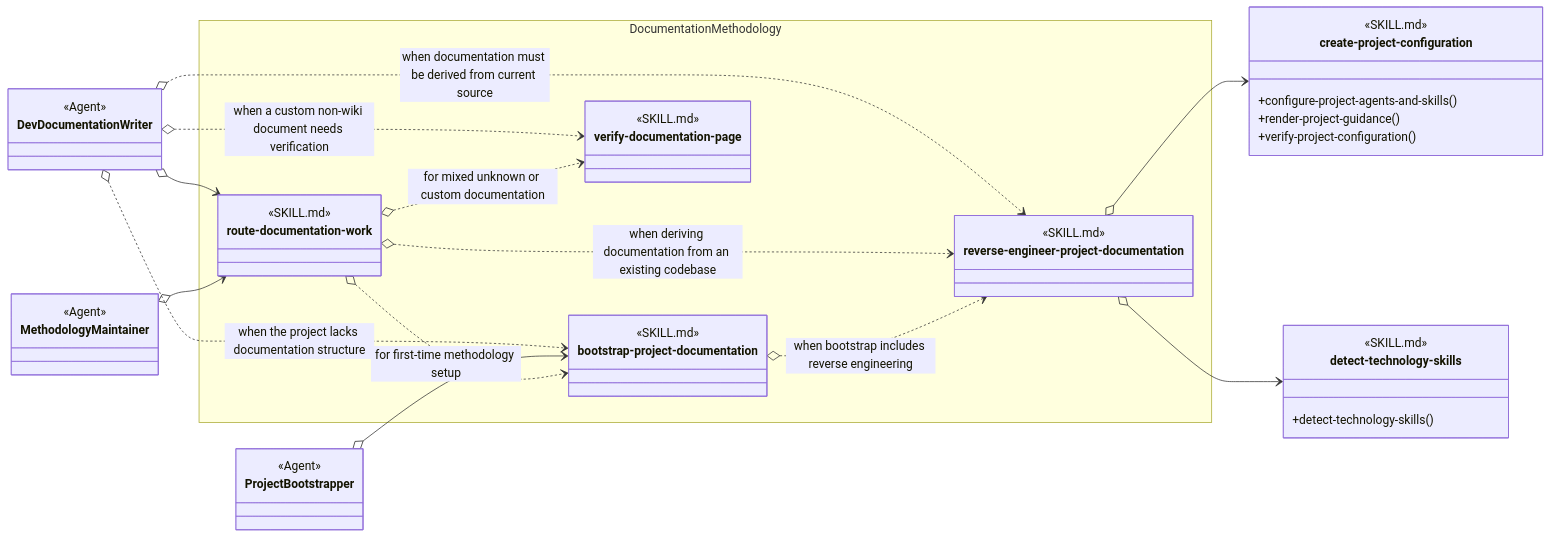
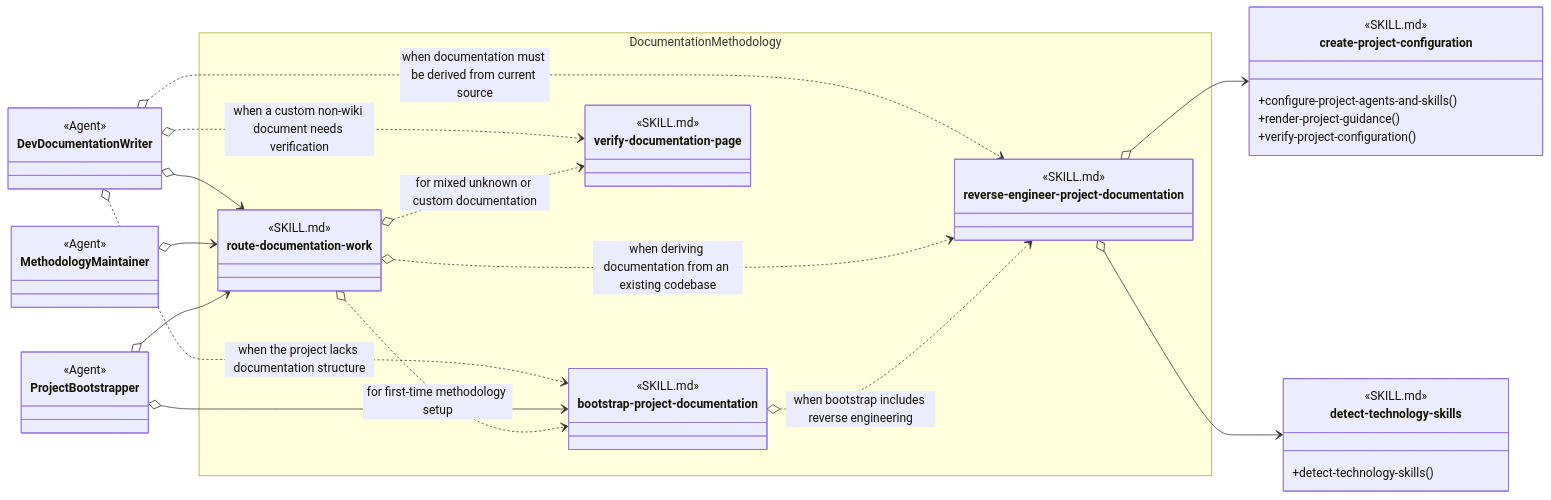
Before and after one commit to martinbechard/dev-methodology: the diagram in design/skill-groups/documentation-methodology.md, drawn with Mermaid. The commit also changed 8 other files, not shown here.

````diff
--- a/design/skill-groups/documentation-methodology.md
+++ b/design/skill-groups/documentation-methodology.md
@@ -13,67 +13,68 @@
 ```mermaid
 classDiagram
     direction LR
 
     class DevDocumentationWriter {
         <<Agent>>
     }
 
     class MethodologyMaintainer {
         <<Agent>>
     }
 
     class ProjectBootstrapper {
         <<Agent>>
     }
 
     namespace DocumentationMethodology {
         class route-documentation-work {
             <<SKILL.md>>
             <<Agent Skill>>
         }
 
         class bootstrap-project-documentation {
             <<SKILL.md>>
             <<Agent Skill>>
         }
 
         class reverse-engineer-project-documentation {
             <<SKILL.md>>
             <<Agent Skill>>
         }
 
         class verify-documentation-page {
             <<SKILL.md>>
             <<Agent Skill>>
         }
     }
 
     class create-project-configuration {
         <<SKILL.md>>
         <<Cross-group>>
         +configure-project-agents-and-skills()
         +render-project-guidance()
         +verify-project-configuration()
     }
 
     class detect-technology-skills {
         <<SKILL.md>>
         <<Cross-group>>
         +detect-technology-skills()
     }
 
     DevDocumentationWriter o--> route-documentation-work
     DevDocumentationWriter o..> bootstrap-project-documentation : when the project lacks documentation structure
     DevDocumentationWriter o..> reverse-engineer-project-documentation : when documentation must be derived from current source
     DevDocumentationWriter o..> verify-documentation-page : when a custom non-wiki document needs verification
 
     MethodologyMaintainer o--> route-documentation-work
+    ProjectBootstrapper o--> route-documentation-work
     ProjectBootstrapper o--> bootstrap-project-documentation
 
     route-documentation-work o..> bootstrap-project-documentation : for first-time methodology setup
     route-documentation-work o..> reverse-engineer-project-documentation : when deriving documentation from an existing codebase
     route-documentation-work o..> verify-documentation-page : for mixed unknown or custom documentation
     bootstrap-project-documentation o..> reverse-engineer-project-documentation : when bootstrap includes reverse engineering
     reverse-engineer-project-documentation o--> create-project-configuration
     reverse-engineer-project-documentation o--> detect-technology-skills
 ```
````
